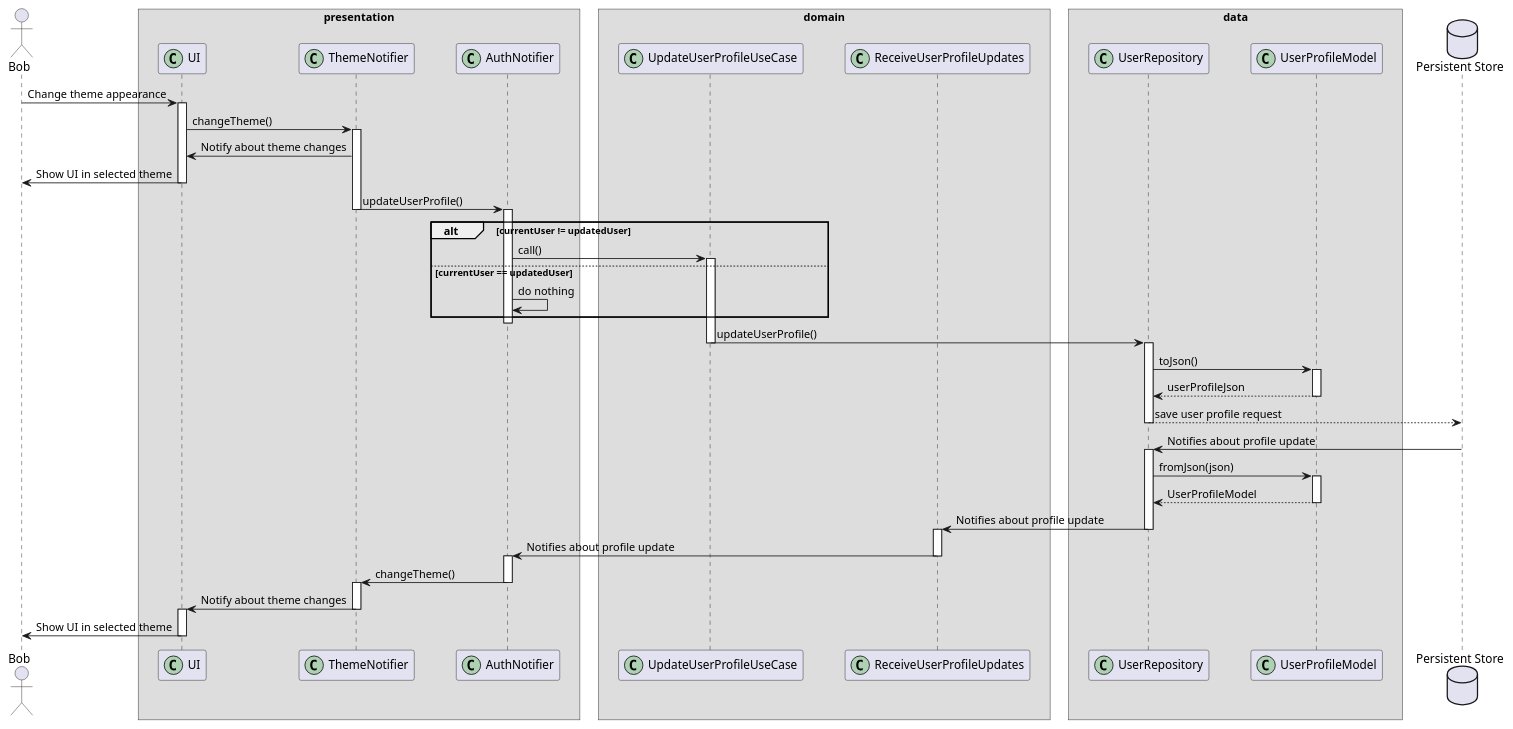
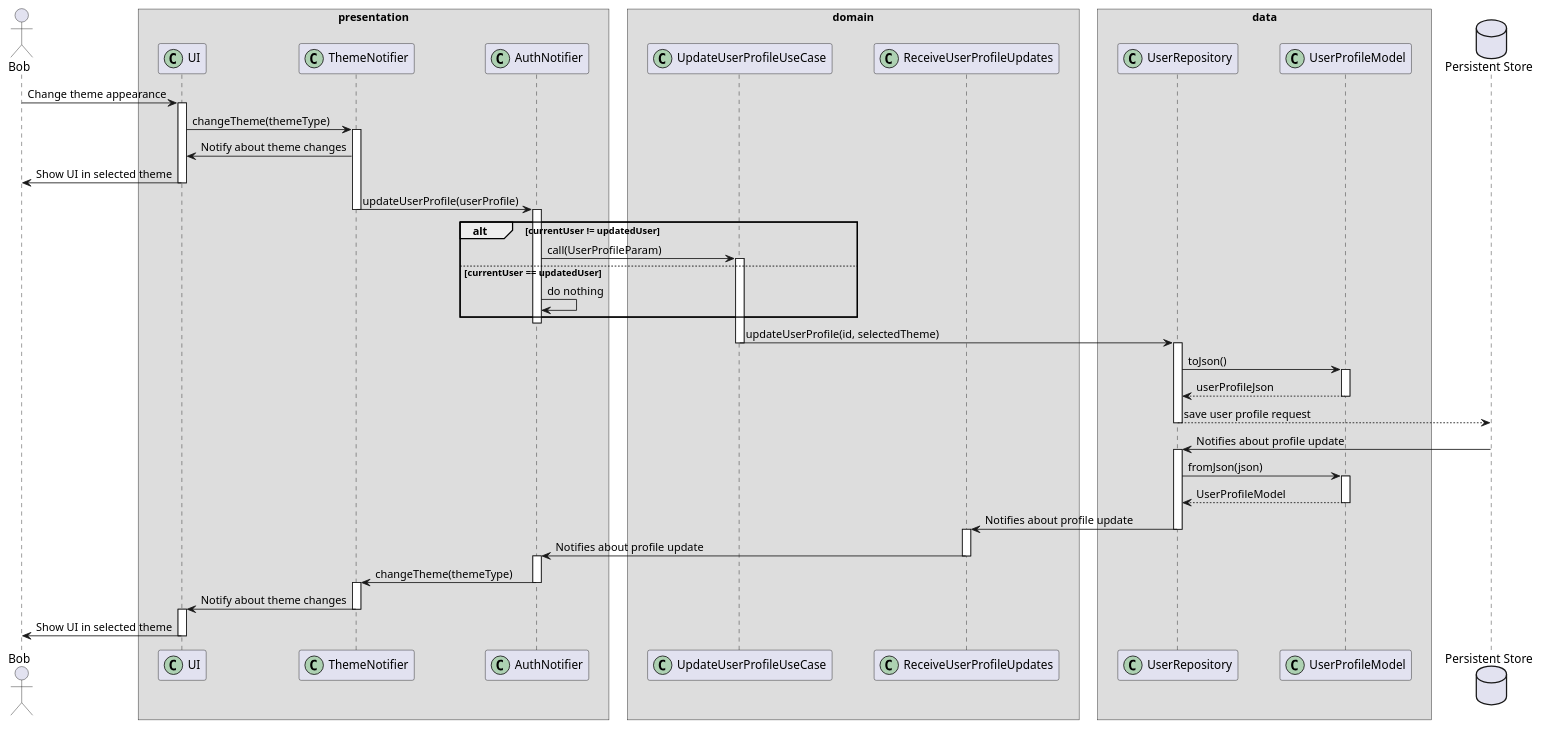
One commit to Flank/flank-dashboard changed the diagram in metrics/web/docs/features/user_profile_theme/diagrams/user_profile_theme_presentation_sequence.puml. Above: the diagram before and after it, drawn with PlantUML.

Commit message:
Improve presentation layer sequence diagram

```diff
--- a/metrics/web/docs/features/user_profile_theme/diagrams/user_profile_theme_presentation_sequence.puml
+++ b/metrics/web/docs/features/user_profile_theme/diagrams/user_profile_theme_presentation_sequence.puml
@@ -1,81 +1,81 @@
 @startuml web_layers_sequence_diagram
     skinparam ParticipantPadding 20
     skinparam BoxPadding 10
 
     actor Bob
 
     box "presentation"
         participant UI << (C,#ADD1B2) >>
         participant ThemeNotifier << (C,#ADD1B2) >>
         participant AuthNotifier << (C,#ADD1B2) >>
     end box
 
     box "domain"
         participant UpdateUserProfileUseCase << (C,#ADD1B2) >>
         participant ReceiveUserProfileUpdates << (C,#ADD1B2) >>
     end box
 
     box "data"
         participant UserRepository << (C,#ADD1B2) >>
         participant UserProfileModel << (C,#ADD1B2) >>
     end box
 
     database "Persistent Store" as PS
 
 
     ' User changes theme using the UI.  
 
     Bob -> UI : Change theme appearance
     activate UI 
-    UI -> ThemeNotifier : changeTheme()
+    UI -> ThemeNotifier : changeTheme(themeType)
     activate ThemeNotifier
 
     ThemeNotifier -> UI : Notify about theme changes
     UI -> Bob : Show UI in selected theme
     deactivate UI
 
-    ThemeNotifier -> AuthNotifier : updateUserProfile()
+    ThemeNotifier -> AuthNotifier : updateUserProfile(userProfile)
     deactivate ThemeNotifier
 
     activate AuthNotifier
     alt currentUser != updatedUser
-        AuthNotifier -> UpdateUserProfileUseCase : call()
+        AuthNotifier -> UpdateUserProfileUseCase : call(UserProfileParam)
         activate UpdateUserProfileUseCase
     else currentUser == updatedUser
     AuthNotifier -> AuthNotifier : do nothing
     end
     deactivate AuthNotifier
 
 
-    UpdateUserProfileUseCase -> UserRepository : updateUserProfile()
+    UpdateUserProfileUseCase -> UserRepository : updateUserProfile(id, selectedTheme)
     deactivate UpdateUserProfileUseCase
 
     activate UserRepository
     UserRepository -> UserProfileModel : toJson()
     activate UserProfileModel
     return userProfileJson
     UserRepository --> PS : save user profile request
     deactivate UserRepository
 
     ' Theme update comes from the persistent store
 
     PS -> UserRepository : Notifies about profile update
     activate UserRepository
     UserRepository -> UserProfileModel : fromJson(json)
     activate UserProfileModel
     return UserProfileModel
     UserRepository -> ReceiveUserProfileUpdates : Notifies about profile update
     deactivate UserRepository
     activate ReceiveUserProfileUpdates
     ReceiveUserProfileUpdates -> AuthNotifier : Notifies about profile update
     deactivate ReceiveUserProfileUpdates
     activate AuthNotifier
-    AuthNotifier -> ThemeNotifier : changeTheme()
+    AuthNotifier -> ThemeNotifier : changeTheme(themeType)
     deactivate AuthNotifier
     activate ThemeNotifier
     ThemeNotifier -> UI : Notify about theme changes
     deactivate ThemeNotifier
     activate UI 
     UI -> Bob : Show UI in selected theme
     deactivate UI
 @enduml
```
